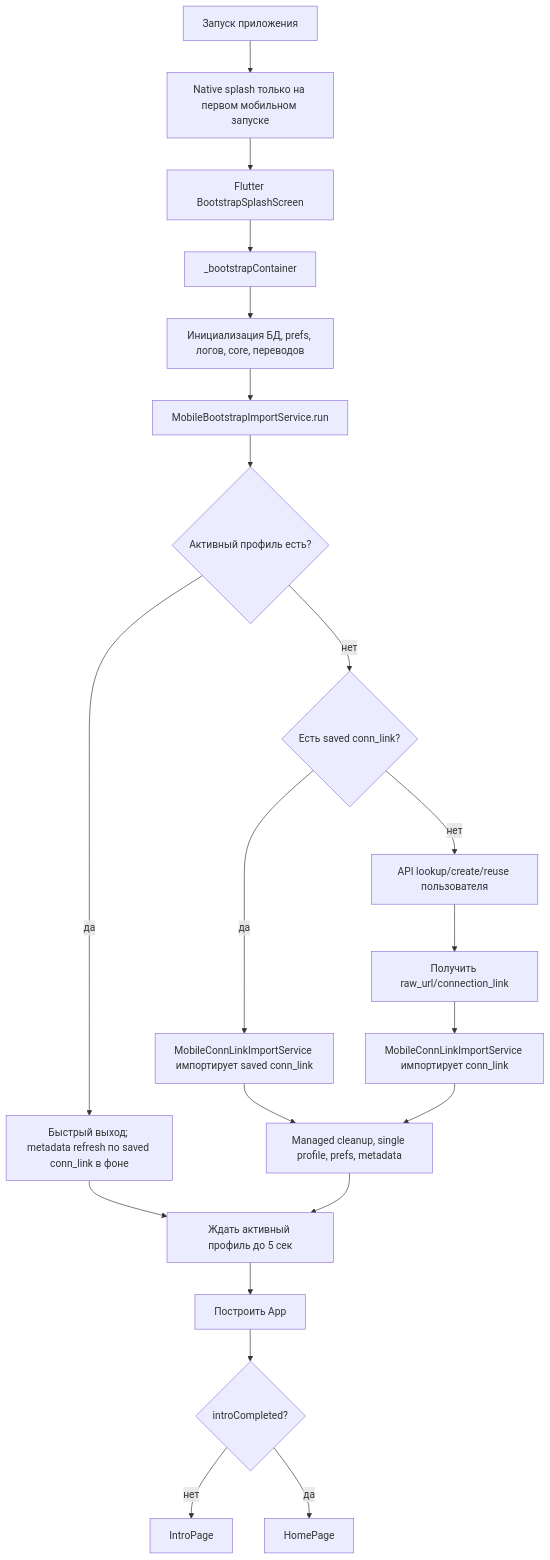
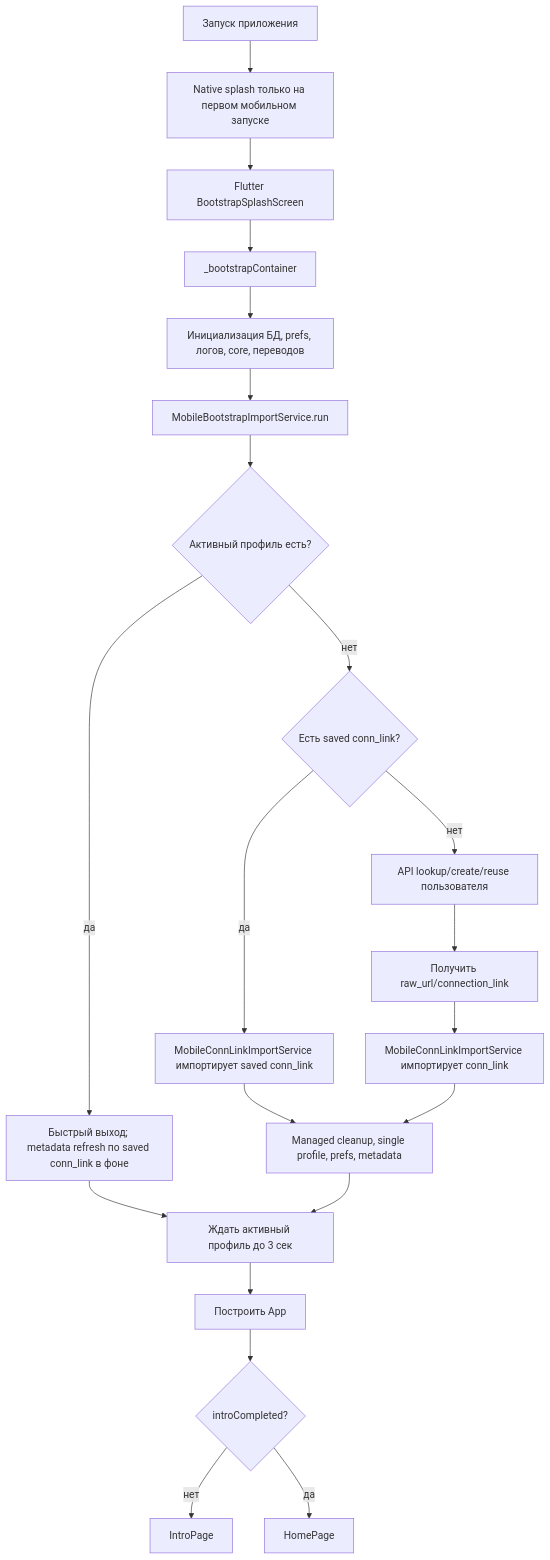
The diagram in docs/mobile_startup_flow.md (actemendes/zeon-app), drawn with Mermaid before and after one commit. The commit also changed other lines of this file and 130 other files, not shown here.

````diff
--- a/docs/mobile_startup_flow.md
+++ b/docs/mobile_startup_flow.md
@@ -25,23 +28,23 @@
 ```mermaid
 flowchart TD
     A[Запуск приложения] --> B[Native splash только на первом мобильном запуске]
     B --> C[Flutter BootstrapSplashScreen]
     C --> D[_bootstrapContainer]
     D --> E[Инициализация БД, prefs, логов, core, переводов]
     E --> F[MobileBootstrapImportService.run]
     F --> G{Активный профиль есть?}
     G -- да --> H[Быстрый выход; metadata refresh по saved conn_link в фоне]
     G -- нет --> I{Есть saved conn_link?}
     I -- да --> J[MobileConnLinkImportService импортирует saved conn_link]
     I -- нет --> K[API lookup/create/reuse пользователя]
     K --> L[Получить raw_url/connection_link]
     L --> M[MobileConnLinkImportService импортирует conn_link]
     J --> N[Managed cleanup, single profile, prefs, metadata]
     M --> N
-    H --> O[Ждать активный профиль до 5 сек]
+    H --> O[Ждать активный профиль до 3 сек]
     N --> O
     O --> P[Построить App]
     P --> Q{introCompleted?}
     Q -- нет --> R[IntroPage]
     Q -- да --> S[HomePage]
 ```
````
